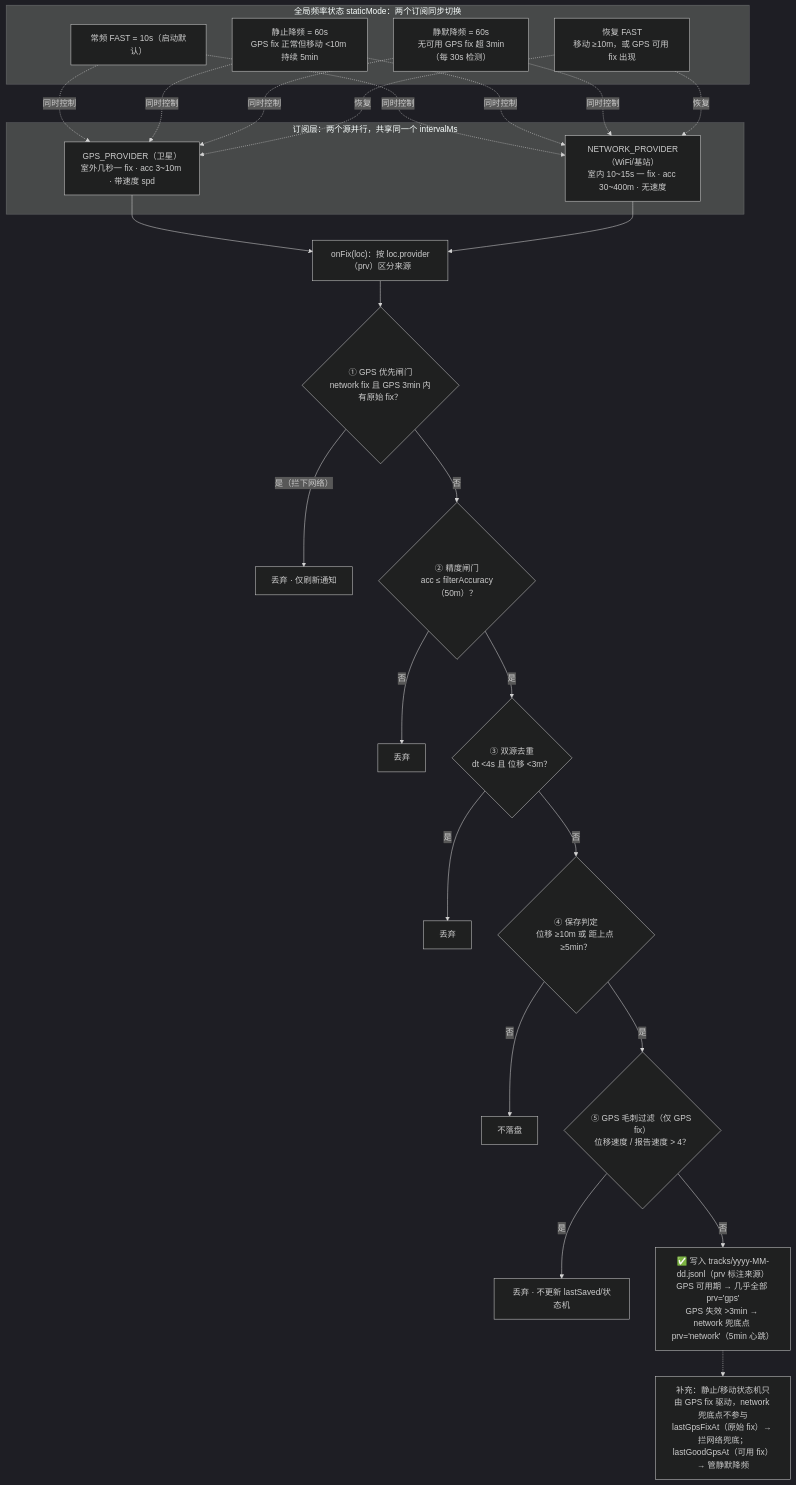
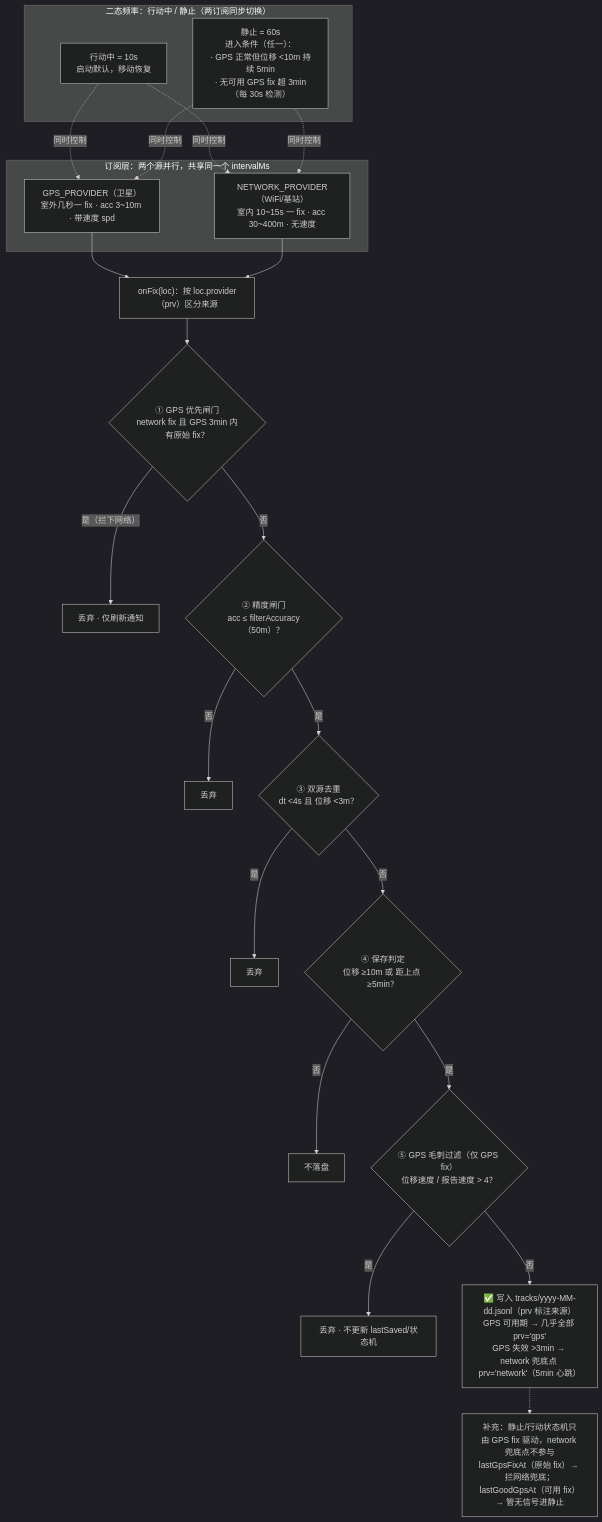
Before and after one commit to wuhulamb/tracker-app: the diagram in README.md, drawn with Mermaid (dark theme). The commit also changed other lines of this file and 2 other files, not shown here.

Commit message:
refactor: 状态机简化为二态（行动中 / 静止）
原 staticMode + gpsSilentDowngrade 产生三态（fast/静止降频/静默降频）。
统一为两个状态，语义更清晰：

- 行动中 = 10s：启动默认，移动（位移≥10m）即恢复
- 静止 = 60s：进入条件任一 —— ① GPS 正常但位移<10m 持续 5min
  ② 无可用 GPS fix 超 3min（每 30s 检测）
- 退出只需"移动"一个条件，同时覆盖两种静止来源，
  且天然避免来回跳（静止用户 GPS fix 恢复也不升频）

移除 gpsSilentDowngrade 标志；通知/卡片文案改为「行动中/静止省电」；
README 定位流程图同步更新为二态。

````diff
--- a/README.md
+++ b/README.md
@@ -72,40 +72,34 @@
 ```mermaid
 flowchart TD
     subgraph S1["订阅层：两个源并行，共享同一个 intervalMs"]
         GPS["GPS_PROVIDER（卫星）<br/>室外几秒一 fix · acc 3~10m · 带速度 spd"]
         NET["NETWORK_PROVIDER（WiFi/基站）<br/>室内 10~15s 一 fix · acc 30~400m · 无速度"]
     end
 
-    subgraph S2["全局频率状态 staticMode：两个订阅同步切换"]
-        F1["常频 FAST = 10s（启动默认）"]
-        F2["静止降频 = 60s<br/>GPS fix 正常但移动 &lt;10m 持续 5min"]
-        F3["静默降频 = 60s<br/>无可用 GPS fix 超 3min（每 30s 检测）"]
-        F4["恢复 FAST<br/>移动 ≥10m，或 GPS 可用 fix 出现"]
+    subgraph S2["二态频率：行动中 / 静止（两订阅同步切换）"]
+        A1["行动中 = 10s<br/>启动默认，移动恢复"]
+        A2["静止 = 60s<br/>进入条件（任一）：<br/>· GPS 正常但位移 &lt;10m 持续 5min<br/>· 无可用 GPS fix 超 3min（每 30s 检测）"]
     end
 
-    F1 -. 同时控制 .-> GPS
-    F2 -. 同时控制 .-> GPS
-    F3 -. 同时控制 .-> GPS
-    F4 -. 恢复 .-> GPS
-    F1 -. 同时控制 .-> NET
-    F2 -. 同时控制 .-> NET
-    F3 -. 同时控制 .-> NET
-    F4 -. 恢复 .-> NET
+    A1 -. 同时控制 .-> GPS
+    A1 -. 同时控制 .-> NET
+    A2 -. 同时控制 .-> GPS
+    A2 -. 同时控制 .-> NET
 
     GPS --> ON["onFix(loc)：按 loc.provider（prv）区分来源"]
     NET --> ON
 
     ON --> G1{"① GPS 优先闸门<br/>network fix 且 GPS 3min 内有原始 fix？"}
     G1 -- 是（拦下网络） --> D1["丢弃 · 仅刷新通知"]
     G1 -- 否 --> G2{"② 精度闸门<br/>acc ≤ filterAccuracy（50m）？"}
     G2 -- 否 --> D2["丢弃"]
     G2 -- 是 --> G3{"③ 双源去重<br/>dt &lt;4s 且 位移 &lt;3m？"}
     G3 -- 是 --> D3["丢弃"]
     G3 -- 否 --> G4{"④ 保存判定<br/>位移 ≥10m 或 距上点 ≥5min？"}
     G4 -- 否 --> D4["不落盘"]
     G4 -- 是 --> M5{"⑤ GPS 毛刺过滤（仅 GPS fix）<br/>位移速度 / 报告速度 &gt; 4？"}
     M5 -- 是 --> D5["丢弃 · 不更新 lastSaved/状态机"]
     M5 -- 否 --> W["✅ 写入 tracks/yyyy-MM-dd.jsonl（prv 标注来源）<br/>GPS 可用期 → 几乎全部 prv='gps'<br/>GPS 失效 &gt;3min → network 兜底点 prv='network'（5min 心跳）"]
 
-    W -.-> NOTE["补充：静止/移动状态机只由 GPS fix 驱动，network 兜底点不参与<br/>lastGpsFixAt（原始 fix）→ 拦网络兜底；lastGoodGpsAt（可用 fix）→ 管静默降频"]
+    W -.-> NOTE["补充：静止/行动状态机只由 GPS fix 驱动，network 兜底点不参与<br/>lastGpsFixAt（原始 fix）→ 拦网络兜底；lastGoodGpsAt（可用 fix）→ 管无信号进静止"]
 ```
````
